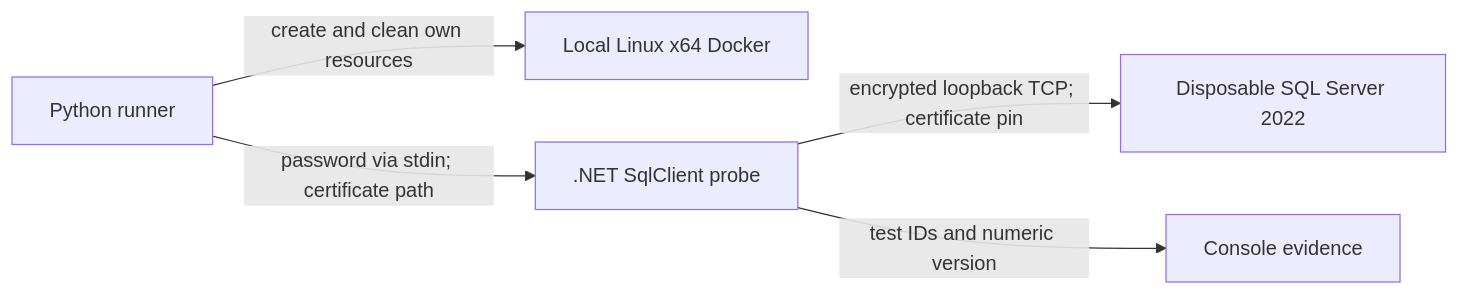
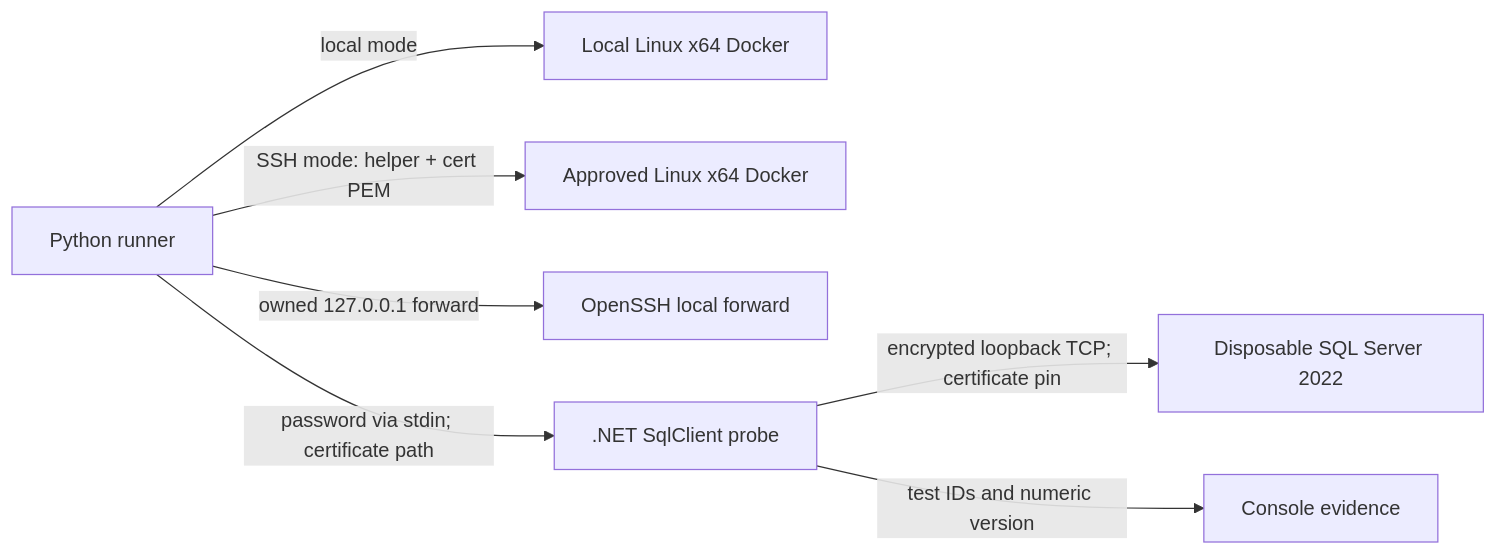
One commit to angaravasist/sqloryn changed the diagram in docs/ARCHITECTURE.md. Above: the diagram before and after it, drawn with Mermaid. The commit also changed other lines of this file and 8 other files, not shown here.

````diff
--- a/docs/ARCHITECTURE.md
+++ b/docs/ARCHITECTURE.md
@@ -10,7 +11,9 @@
 ```mermaid
 flowchart LR
-    Runner[Python runner] -->|create and clean own resources| Docker[Local Linux x64 Docker]
+    Runner[Python runner] -->|local mode| Docker[Local Linux x64 Docker]
+    Runner -->|SSH mode: helper + cert PEM| Remote[Approved Linux x64 Docker]
+    Runner -->|owned 127.0.0.1 forward| Tunnel[OpenSSH local forward]
     Runner -->|password via stdin; certificate path| Probe[.NET SqlClient probe]
     Probe -->|encrypted loopback TCP; certificate pin| SQL[Disposable SQL Server 2022]
     Probe -->|test IDs and numeric version| Evidence[Console evidence]
 ```
````
